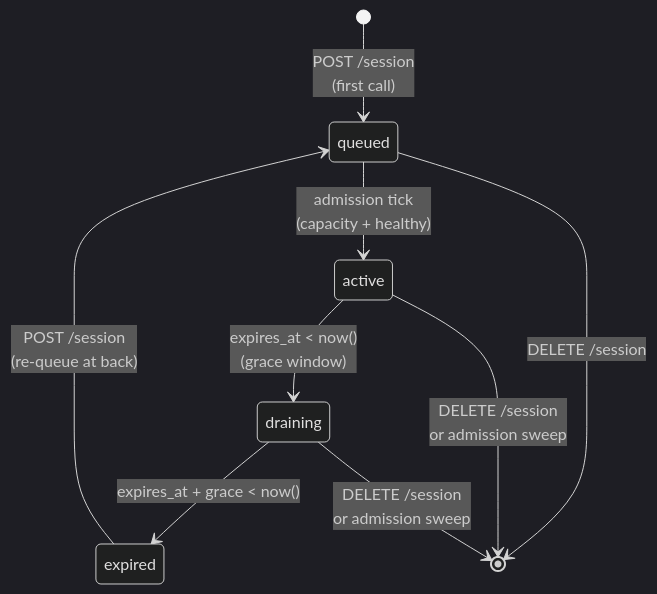
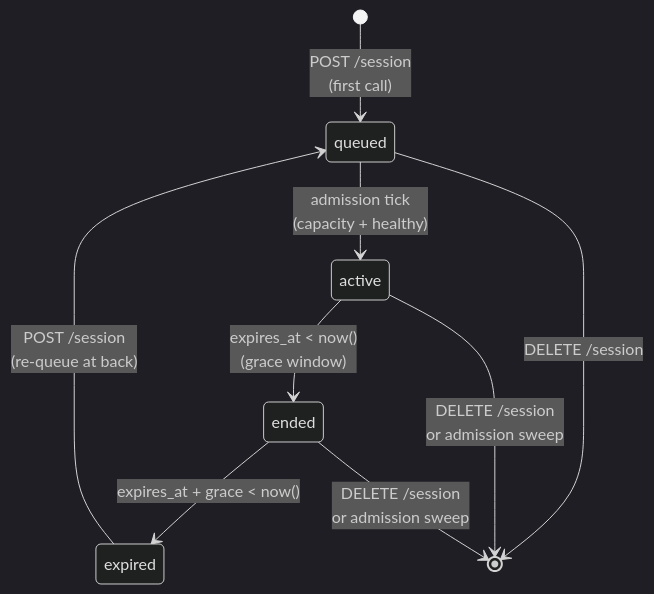
The second of 2 diagrams in docs/freebuff-waiting-room.md (CodebuffAI/codebuff), drawn with Mermaid (dark theme) before and after one commit. The commit also changed other lines of this file and 23 other files, not shown here.

````diff
--- a/docs/freebuff-waiting-room.md
+++ b/docs/freebuff-waiting-room.md
@@ -90,11 +90,11 @@
 ```mermaid
 stateDiagram-v2
     [*] --> queued: POST /session<br/>(first call)
     queued --> active: admission tick<br/>(capacity + healthy)
-    active --> draining: expires_at < now()<br/>(grace window)
-    draining --> expired: expires_at + grace < now()
+    active --> ended: expires_at < now()<br/>(grace window)
+    ended --> expired: expires_at + grace < now()
     expired --> queued: POST /session<br/>(re-queue at back)
     queued --> [*]: DELETE /session
     active --> [*]: DELETE /session<br/>or admission sweep
-    draining --> [*]: DELETE /session<br/>or admission sweep
+    ended --> [*]: DELETE /session<br/>or admission sweep
 ```
````
